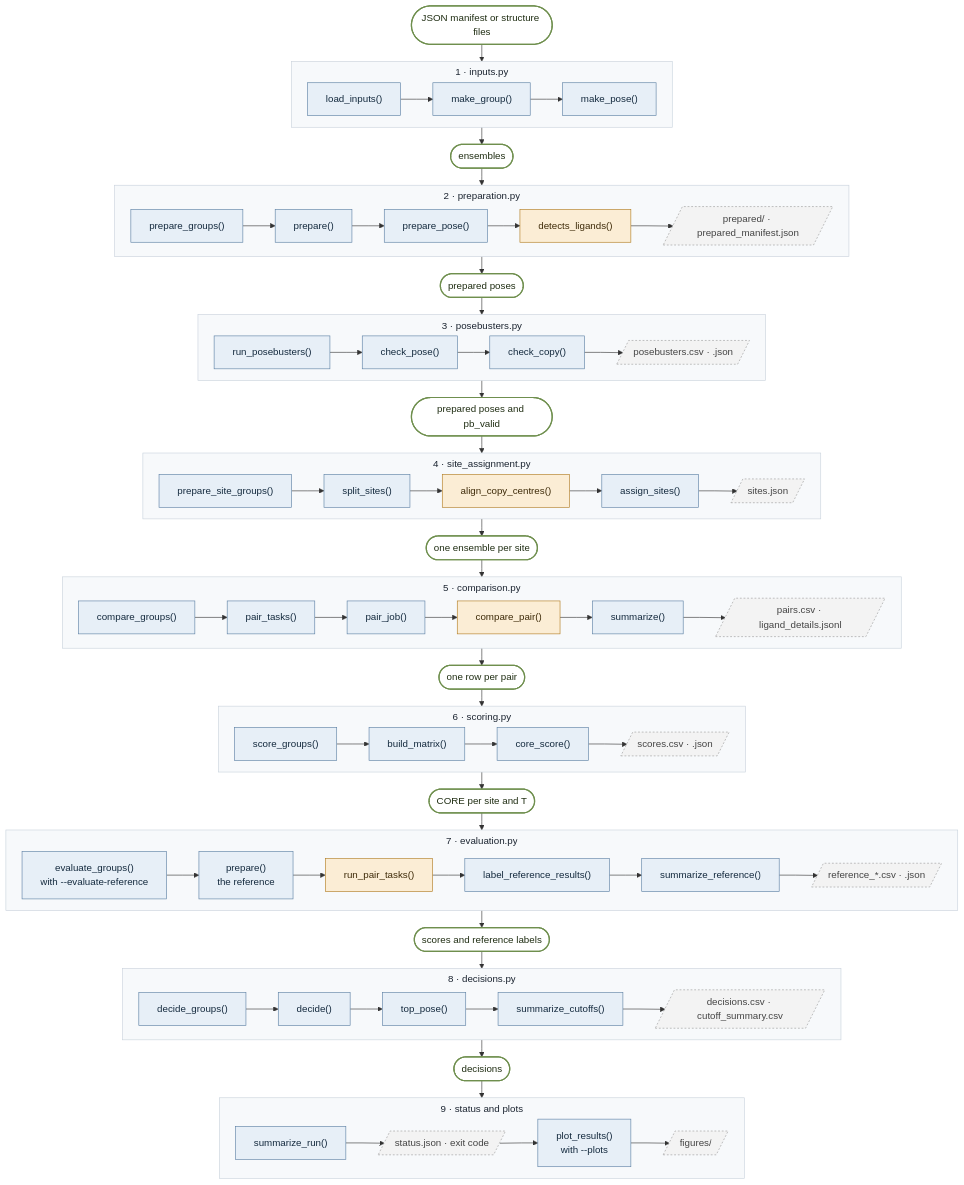
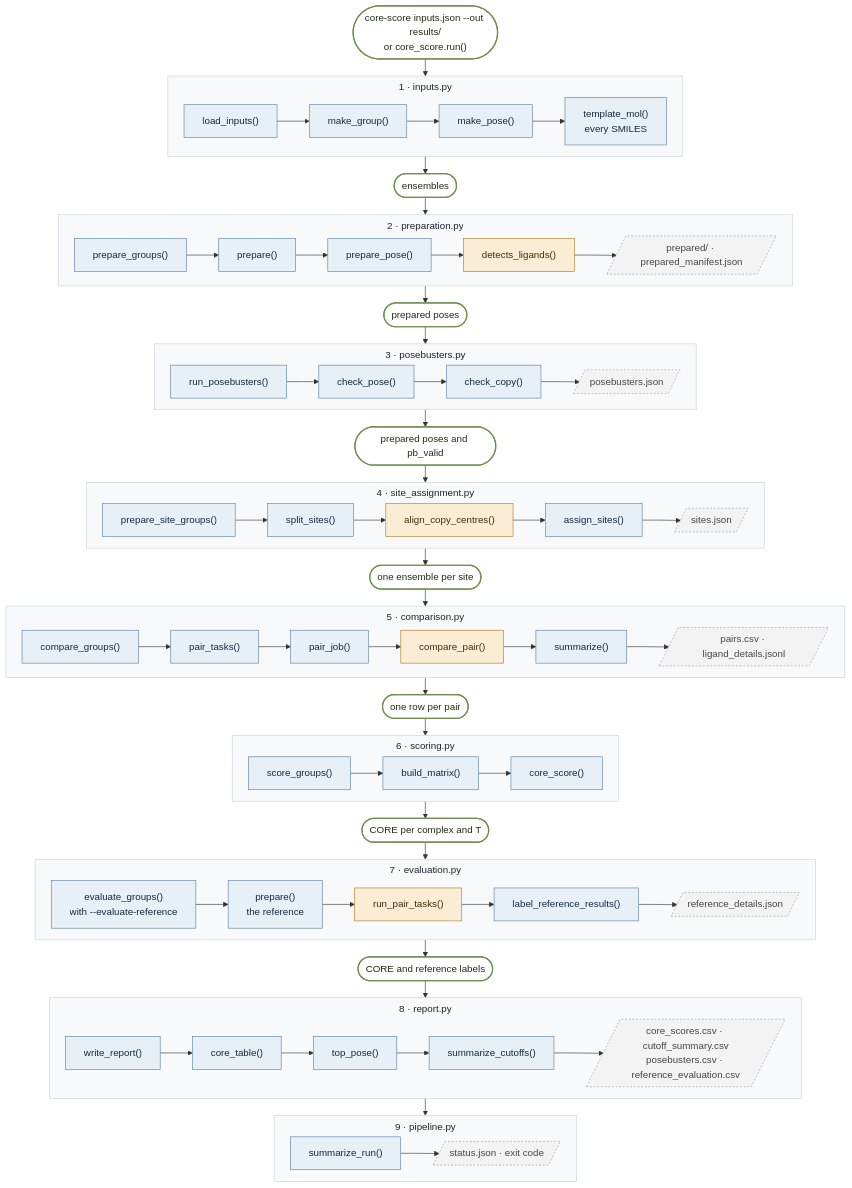
The first of 9 diagrams in docs/code-map.md (James-Broster/core-score), drawn with Mermaid before and after one commit. The commit also changed other lines of this file and 17 other files, not shown here.

First line of the commit message:
Write the results a user reads, and move the rest to details/

````diff
--- a/docs/code-map.md
+++ b/docs/code-map.md
@@ -15,68 +15,67 @@
 ```mermaid
 %%{init: {"flowchart": {"curve": "linear", "nodeSpacing": 18, "rankSpacing": 28, "subGraphTitleMargin": {"top": 6, "bottom": 10}}}}%%
 flowchart TB
     classDef fn fill:#e7eff7,stroke:#5b7fa3,color:#13293d
     classDef ost fill:#fbedd5,stroke:#b07a1e,color:#3d2a08
     classDef data fill:#ffffff,stroke:#6f8f4e,color:#1f2d12,stroke-width:2px
     classDef file fill:#f3f3f3,stroke:#9a9a9a,color:#444,stroke-dasharray:3 3
     classDef stage fill:#f7f9fb,stroke:#c9d2dc,color:#1b2430
 
-    start(["JSON manifest or structure files"]):::data
+    start(["core-score inputs.json --out results/<br/>or core_score.run()"]):::data
 
     subgraph R1["1 · inputs.py"]
         direction LR
-        a1["load_inputs()"]:::fn --> a2["make_group()"]:::fn --> a3["make_pose()"]:::fn
+        a1["load_inputs()"]:::fn --> a2["make_group()"]:::fn --> a3["make_pose()"]:::fn --> a4["template_mol()<br/>every SMILES"]:::fn
     end
     d1(["ensembles"]):::data
 
     subgraph R2["2 · preparation.py"]
         direction LR
         b1["prepare_groups()"]:::fn --> b2["prepare()"]:::fn --> b3["prepare_pose()"]:::fn --> b4["detects_ligands()"]:::ost --> b5[/"prepared/ · prepared_manifest.json"/]:::file
     end
     d2(["prepared poses"]):::data
 
     subgraph R3["3 · posebusters.py"]
         direction LR
-        c1["run_posebusters()"]:::fn --> c2["check_pose()"]:::fn --> c3["check_copy()"]:::fn --> c4[/"posebusters.csv · .json"/]:::file
+        c1["run_posebusters()"]:::fn --> c2["check_pose()"]:::fn --> c3["check_copy()"]:::fn --> c4[/"posebusters.json"/]:::file
     end
     d3(["prepared poses and pb_valid"]):::data
 
     subgraph R4["4 · site_assignment.py"]
         direction LR
         e1["prepare_site_groups()"]:::fn --> e2["split_sites()"]:::fn --> e3["align_copy_centres()"]:::ost --> e4["assign_sites()"]:::fn --> e5[/"sites.json"/]:::file
     end
     d4(["one ensemble per site"]):::data
 
     subgraph R5["5 · comparison.py"]
         direction LR
         g1["compare_groups()"]:::fn --> g2["pair_tasks()"]:::fn --> g3["pair_job()"]:::fn --> g4["compare_pair()"]:::ost --> g5["summarize()"]:::fn --> g6[/"pairs.csv · ligand_details.jsonl"/]:::file
     end
     d5(["one row per pair"]):::data
 
     subgraph R6["6 · scoring.py"]
         direction LR
-        h1["score_groups()"]:::fn --> h2["build_matrix()"]:::fn --> h3["core_score()"]:::fn --> h4[/"scores.csv · .json"/]:::file
+        h1["score_groups()"]:::fn --> h2["build_matrix()"]:::fn --> h3["core_score()"]:::fn
     end
-    d6(["CORE per site and T"]):::data
+    d6(["CORE per complex and T"]):::data
 
     subgraph R7["7 · evaluation.py"]
         direction LR
-        i1["evaluate_groups()<br/>with --evaluate-reference"]:::fn --> i2["prepare()<br/>the reference"]:::fn --> i3["run_pair_tasks()"]:::ost --> i4["label_reference_results()"]:::fn --> i5["summarize_reference()"]:::fn --> i6[/"reference_*.csv · .json"/]:::file
+        i1["evaluate_groups()<br/>with --evaluate-reference"]:::fn --> i2["prepare()<br/>the reference"]:::fn --> i3["run_pair_tasks()"]:::ost --> i4["label_reference_results()"]:::fn --> i5[/"reference_details.json"/]:::file
     end
-    d7(["scores and reference labels"]):::data
+    d7(["CORE and reference labels"]):::data
 
-    subgraph R8["8 · decisions.py"]
+    subgraph R8["8 · report.py"]
         direction LR
-        j1["decide_groups()"]:::fn --> j2["decide()"]:::fn --> j3["top_pose()"]:::fn --> j4["summarize_cutoffs()"]:::fn --> j5[/"decisions.csv · cutoff_summary.csv"/]:::file
-    end
-    d8(["decisions"]):::data
-
-    subgraph R9["9 · status and plots"]
-        direction LR
-        k1["summarize_run()"]:::fn --> k2[/"status.json · exit code"/]:::file --> k3["plot_results()<br/>with --plots"]:::fn --> k4[/"figures/"/]:::file
+        j1["write_report()"]:::fn --> j2["core_table()"]:::fn --> j3["top_pose()"]:::fn --> j4["summarize_cutoffs()"]:::fn --> j5[/"core_scores.csv · cutoff_summary.csv<br/>posebusters.csv · reference_evaluation.csv"/]:::file
     end
 
-    start --> R1 --> d1 --> R2 --> d2 --> R3 --> d3 --> R4 --> d4 --> R5 --> d5 --> R6 --> d6 --> R7 --> d7 --> R8 --> d8 --> R9
+    subgraph R9["9 · pipeline.py"]
+        direction LR
+        k1["summarize_run()"]:::fn --> k2[/"status.json · exit code"/]:::file
+    end
+
+    start --> R1 --> d1 --> R2 --> d2 --> R3 --> d3 --> R4 --> d4 --> R5 --> d5 --> R6 --> d6 --> R7 --> d7 --> R8 --> R9
 
     class R1,R2,R3,R4,R5,R6,R7,R8,R9 stage
 ```
````
